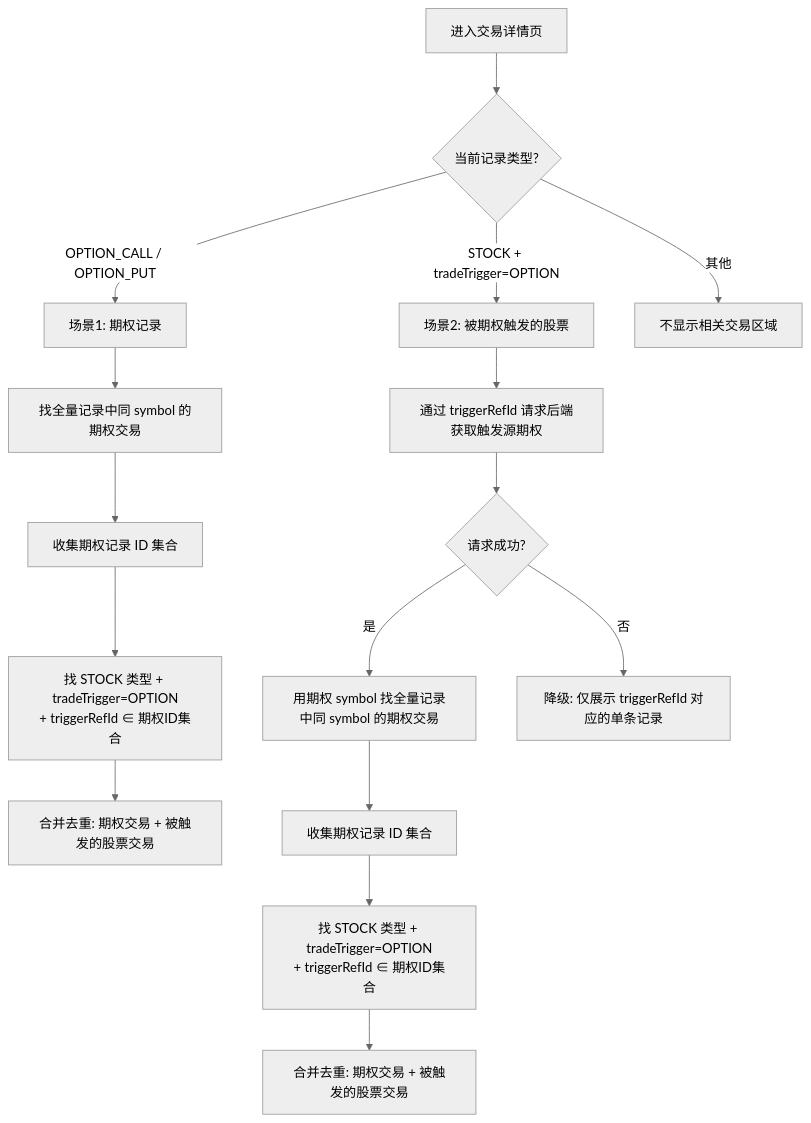
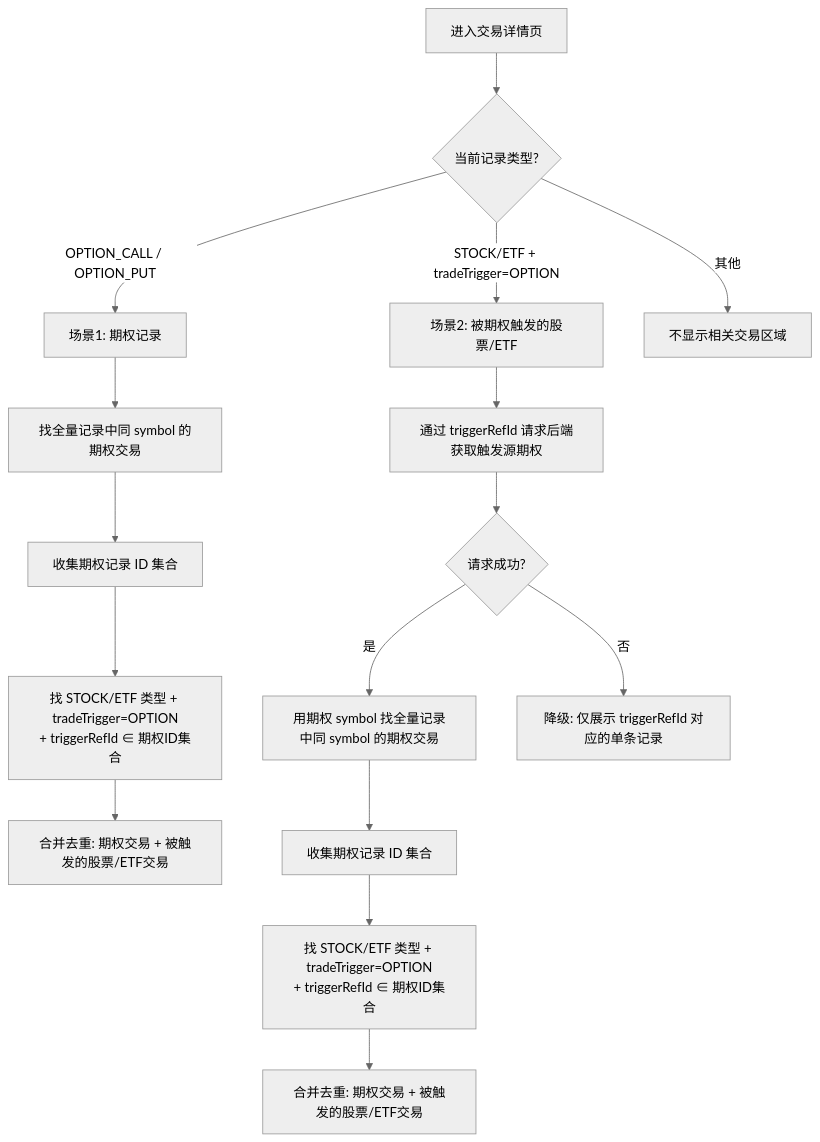
One commit to archerny/vortex changed the diagram in docs/related-trades-display-design.md. Above: the diagram before and after it, drawn with Mermaid (neutral theme). The commit also changed other lines of this file and 1 other file, not shown here.

Commit message:
feat: show ETF's related trades

````diff
--- a/docs/related-trades-display-design.md
+++ b/docs/related-trades-display-design.md
@@ -130,21 +133,21 @@
 ```mermaid
 flowchart TD
     A[进入交易详情页] --> B{当前记录类型?}
     
     B -->|OPTION_CALL / OPTION_PUT| C[场景1: 期权记录]
     C --> C1[找全量记录中同 symbol 的期权交易]
     C1 --> C2[收集期权记录 ID 集合]
-    C2 --> C3[找 STOCK 类型 + tradeTrigger=OPTION\n+ triggerRefId ∈ 期权ID集合]
-    C3 --> C4[合并去重: 期权交易 + 被触发的股票交易]
+    C2 --> C3[找 STOCK/ETF 类型 + tradeTrigger=OPTION\n+ triggerRefId ∈ 期权ID集合]
+    C3 --> C4[合并去重: 期权交易 + 被触发的股票/ETF交易]
     
-    B -->|STOCK + tradeTrigger=OPTION| D[场景2: 被期权触发的股票]
+    B -->|STOCK/ETF + tradeTrigger=OPTION| D[场景2: 被期权触发的股票/ETF]
     D --> D1[通过 triggerRefId 请求后端获取触发源期权]
     D1 --> D2{请求成功?}
     D2 -->|是| D3[用期权 symbol 找全量记录中同 symbol 的期权交易]
     D3 --> D4[收集期权记录 ID 集合]
-    D4 --> D5[找 STOCK 类型 + tradeTrigger=OPTION\n+ triggerRefId ∈ 期权ID集合]
-    D5 --> D6[合并去重: 期权交易 + 被触发的股票交易]
+    D4 --> D5[找 STOCK/ETF 类型 + tradeTrigger=OPTION\n+ triggerRefId ∈ 期权ID集合]
+    D5 --> D6[合并去重: 期权交易 + 被触发的股票/ETF交易]
     D2 -->|否| D7[降级: 仅展示 triggerRefId 对应的单条记录]
     
     B -->|其他| E[不显示相关交易区域]
 ```
````
